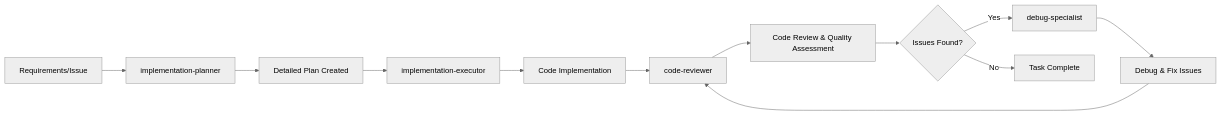
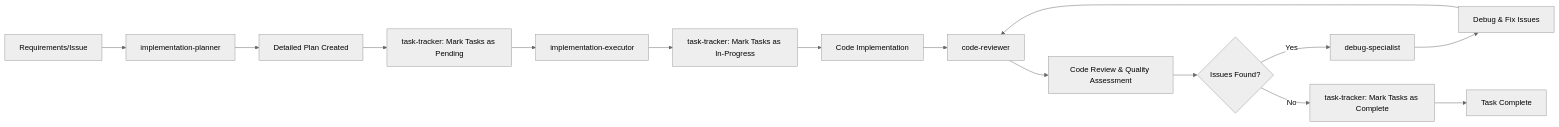
One commit to m-yoshiro/ng-di-graph changed the diagram in docs/rules/ai-development-guide.md. Above: the diagram before and after it, drawn with Mermaid (neutral theme). The commit also changed other lines of this file, not shown here.

Commit message:
docs: update AI development guide with code-reviewer best practices
Enhance the AI development guide with refined best practices for the
code-reviewer agent based on Task 1.3 implementation experience:

- Clarify code-reviewer integration points in the workflow
- Add specific guidance for using code-reviewer after implementation
- Enhance quality assurance section with concrete examples
- Update agent handoff best practices
- Refine troubleshooting guidance for code-reviewer issues

These updates improve the development workflow efficiency and ensure
consistent code quality across all task implementations.

🤖 Generated with [Claude Code](https://claude.ai/code)

````diff
--- a/docs/rules/ai-development-guide.md
+++ b/docs/rules/ai-development-guide.md
@@ -40,14 +41,17 @@
 ```mermaid
 flowchart LR
     A[Requirements/Issue] --> B[implementation-planner]
     B --> C[Detailed Plan Created]
-    C --> D[implementation-executor]
-    D --> E[Code Implementation]
+    C --> T1[task-tracker: Mark Tasks as Pending]
+    T1 --> D[implementation-executor]
+    D --> T2[task-tracker: Mark Tasks as In-Progress]
+    T2 --> E[Code Implementation]
     E --> F[code-reviewer]
     F --> G[Code Review & Quality Assessment]
     G --> H{Issues Found?}
     H -->|Yes| I[debug-specialist]
     I --> J[Debug & Fix Issues]
     J --> F
-    H -->|No| K[Task Complete]
+    H -->|No| T3[task-tracker: Mark Tasks as Complete]
+    T3 --> K[Task Complete]
 ```
````
